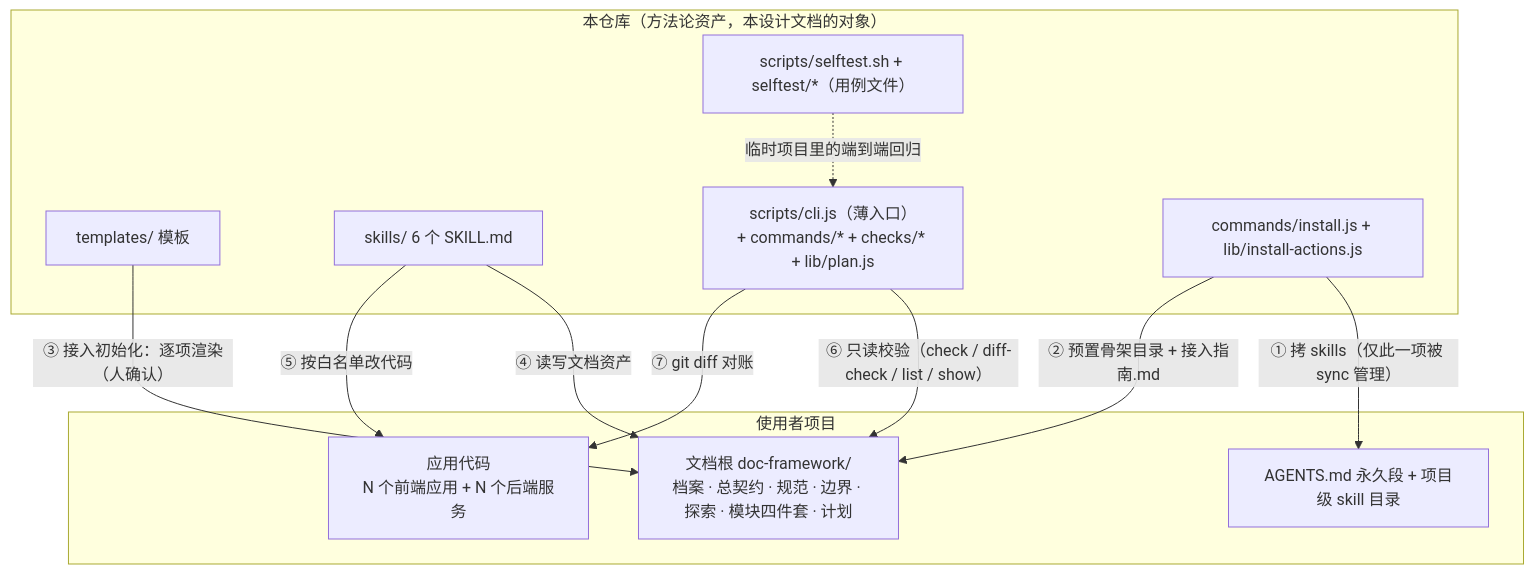
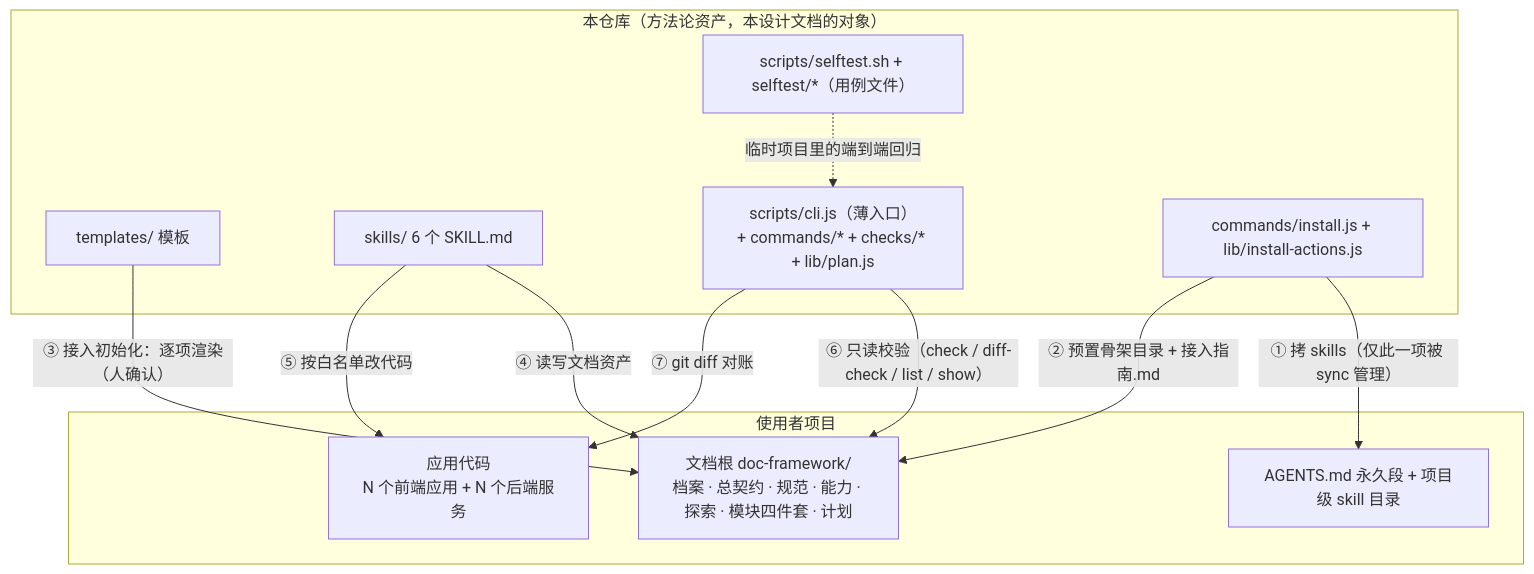
The first of 3 diagrams in docs/设计文档.md (knight-peter/doc-framework), drawn with Mermaid before and after one commit. The commit also changed other lines of this file and 43 other files, not shown here.

First line of the commit message:
feat: 能力契约单命名与 schema3 收敛（4.1.0）

````diff
--- a/docs/设计文档.md
+++ b/docs/设计文档.md
@@ -40,23 +40,23 @@
 ```mermaid
 flowchart TB
     subgraph REPO["本仓库（方法论资产，本设计文档的对象）"]
         TPL["templates/ 模板"]
         SKL["skills/ 6 个 SKILL.md"]
         CLI["scripts/cli.js（薄入口）<br/>+ commands/* + checks/* + lib/plan.js"]
         INS["commands/install.js + lib/install-actions.js"]
         ST["scripts/selftest.sh + selftest/*（用例文件）"]
     end
     subgraph PROJ["使用者项目"]
-        DOC["文档根 doc-framework/<br/>档案 · 总契约 · 规范 · 边界 · 探索 · 模块四件套 · 计划"]
+        DOC["文档根 doc-framework/<br/>档案 · 总契约 · 规范 · 能力 · 探索 · 模块四件套 · 计划"]
         CODE["应用代码<br/>N 个前端应用 + N 个后端服务"]
         AG["AGENTS.md 永久段 + 项目级 skill 目录"]
     end
     INS -->|"① 拷 skills（仅此一项被 sync 管理）"| AG
     INS -->|"② 预置骨架目录 + 接入指南.md"| DOC
     TPL -->|"③ 接入初始化：逐项渲染（人确认）"| DOC
     SKL -->|"④ 读写文档资产"| DOC
     SKL -->|"⑤ 按白名单改代码"| CODE
     CLI -->|"⑥ 只读校验（check / diff-check / list / show）"| DOC
     CLI -->|"⑦ git diff 对账"| CODE
     ST -.->|"临时项目里的端到端回归"| CLI
 ```
````
